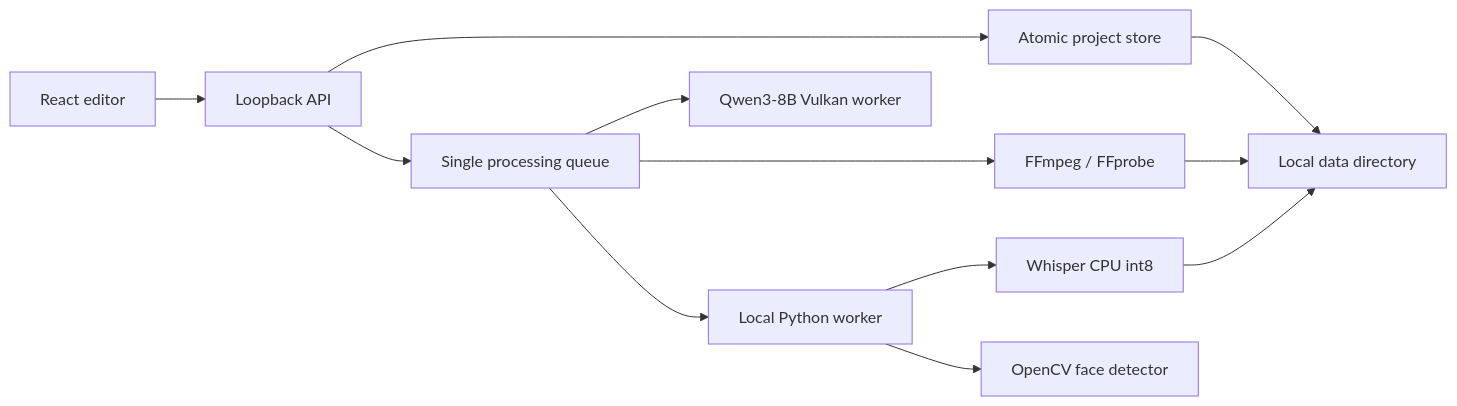
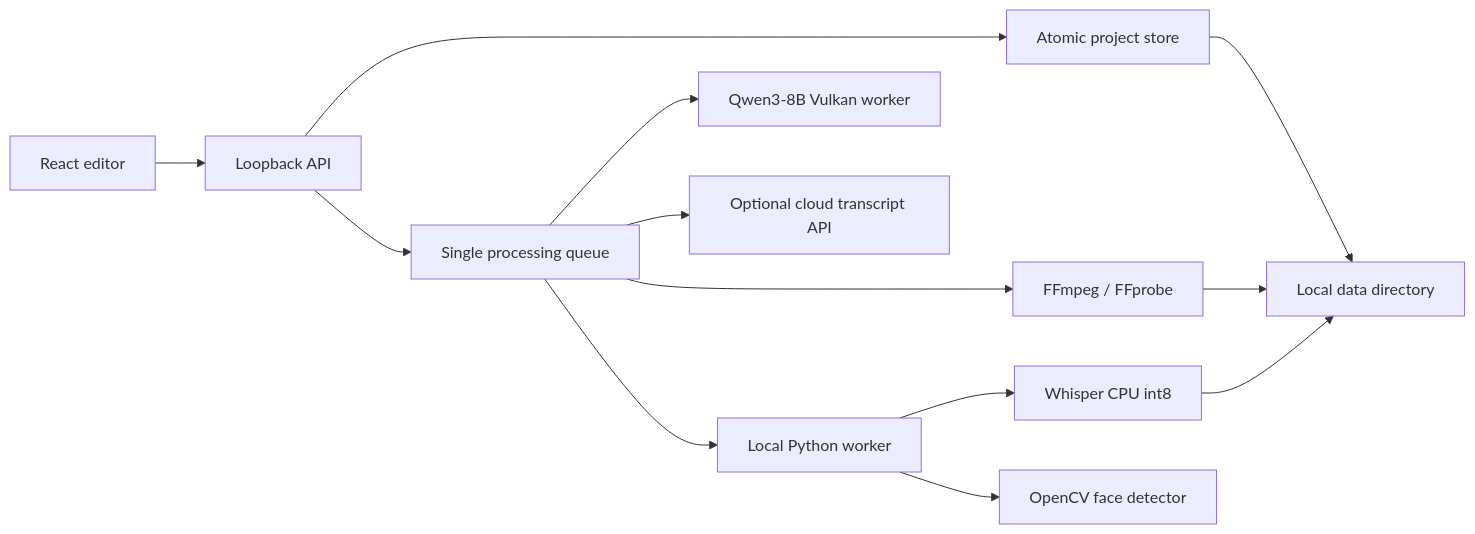
One commit to Batuktech/Cutroom changed the diagram in docs/architecture.md. Above: the diagram before and after it, drawn with Mermaid. The commit also changed other lines of this file and 36 other files, not shown here.

Commit message:
feat: add optional BYOK cloud clip review

````diff
--- a/docs/architecture.md
+++ b/docs/architecture.md
@@ -5,14 +5,15 @@
 ```mermaid
 flowchart LR
   Browser[React editor] --> API[Loopback API]
   API --> Store[Atomic project store]
   API --> Queue[Single processing queue]
   Queue --> FFmpeg[FFmpeg / FFprobe]
   Queue --> Python[Local Python worker]
   Queue --> Qwen[Qwen3-8B Vulkan worker]
+  Queue --> Cloud[Optional cloud transcript API]
   Python --> Whisper[Whisper CPU int8]
   Python --> Faces[OpenCV face detector]
   Store --> Files[Local data directory]
   FFmpeg --> Files
   Whisper --> Files
 ```
````
